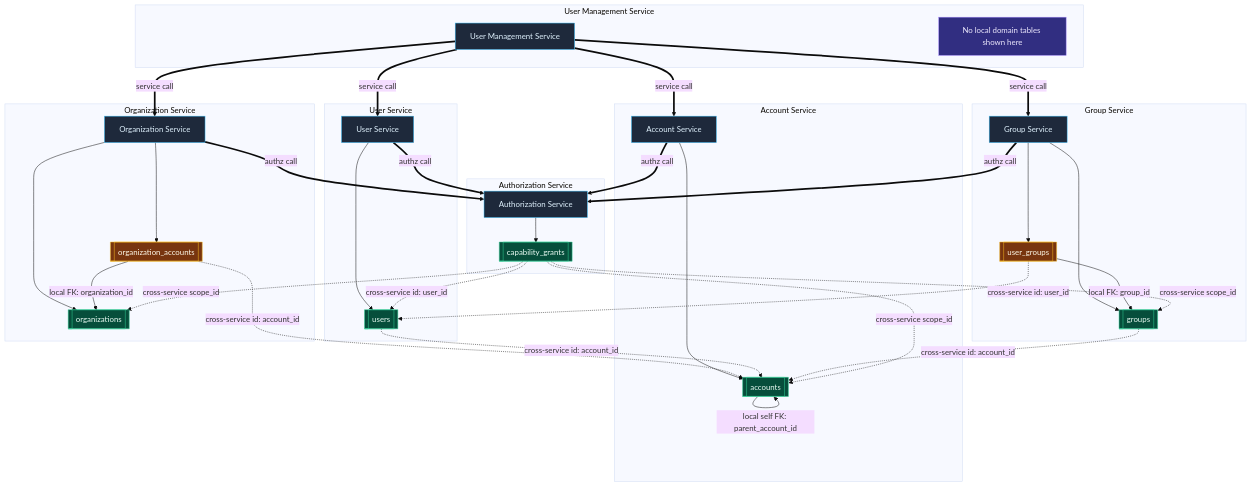
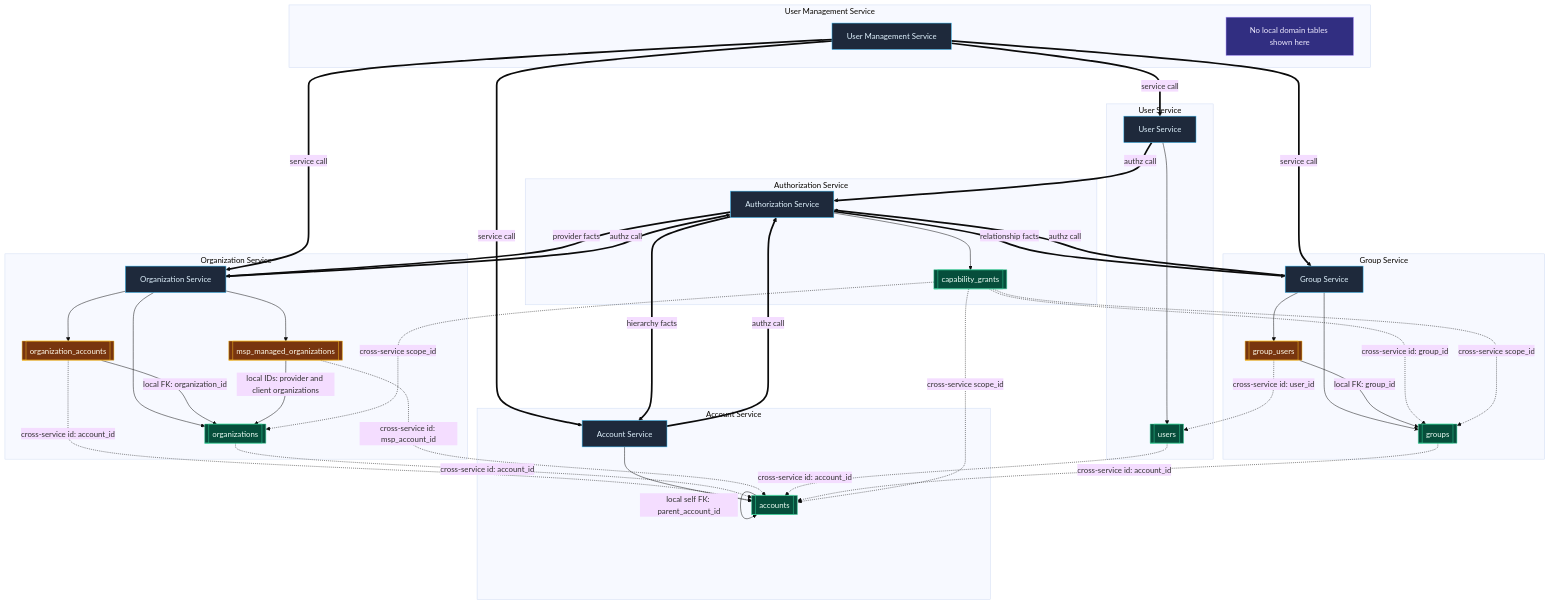
The fourth of 6 diagrams in docs/articles/series/IAM-System-Demo/graphql-auth-explosion-case-study.md (meleneth/whirred-io), drawn with Mermaid (base theme) before and after one commit. The commit also changed other lines of this file and 16 other files, not shown here.

Commit message:
Align IAM articles with group-based authorization

````diff
--- a/docs/articles/series/IAM-System-Demo/graphql-auth-explosion-case-study.md
+++ b/docs/articles/series/IAM-System-Demo/graphql-auth-explosion-case-study.md
@@ -201,6 +211,7 @@
     OrganizationService[Organization Service]
     Organizations[[organizations]]
     OrganizationAccounts[[organization_accounts]]
+    MspManagedOrganizations[[msp_managed_organizations]]
   end
 
   subgraph ACCT[Account Service]
@@ -216,7 +227,7 @@
   subgraph GROUP[Group Service]
     GroupService[Group Service]
     Groups[[groups]]
-    UserGroups[[user_groups]]
+    GroupUsers[[group_users]]
   end
 
   subgraph AUTHZ[Authorization Service]
@@ -226,21 +237,25 @@
 
   OrganizationService --> Organizations
   OrganizationService --> OrganizationAccounts
+  OrganizationService --> MspManagedOrganizations
   AccountService --> Accounts
   UserService --> Users
   GroupService --> Groups
-  GroupService --> UserGroups
+  GroupService --> GroupUsers
   AuthorizationService --> CapabilityGrants
 
   OrganizationAccounts -->|local FK: organization_id| Organizations
+  MspManagedOrganizations -->|local IDs: provider and client organizations| Organizations
   Accounts -->|local self FK: parent_account_id| Accounts
-  UserGroups -->|local FK: group_id| Groups
+  GroupUsers -->|local FK: group_id| Groups
 
   OrganizationAccounts -. cross-service id: account_id .-> Accounts
+  Organizations -. cross-service id: account_id .-> Accounts
+  MspManagedOrganizations -. cross-service id: msp_account_id .-> Accounts
   Users -. cross-service id: account_id .-> Accounts
   Groups -. cross-service id: account_id .-> Accounts
-  UserGroups -. cross-service id: user_id .-> Users
-  CapabilityGrants -. cross-service id: user_id .-> Users
+  GroupUsers -. cross-service id: user_id .-> Users
+  CapabilityGrants -. cross-service id: group_id .-> Groups
   CapabilityGrants -. cross-service scope_id .-> Accounts
   CapabilityGrants -. cross-service scope_id .-> Organizations
   CapabilityGrants -. cross-service scope_id .-> Groups
@@ -254,9 +269,12 @@
   AccountService == authz call ==> AuthorizationService
   GroupService == authz call ==> AuthorizationService
   OrganizationService == authz call ==> AuthorizationService
+  AuthorizationService == relationship facts ==> GroupService
+  AuthorizationService == hierarchy facts ==> AccountService
+  AuthorizationService == provider facts ==> OrganizationService
 
   class UserManagementService,OrganizationService,AccountService,UserService,GroupService,AuthorizationService service
   class Organizations,Accounts,Users,Groups,CapabilityGrants table
-  class OrganizationAccounts,UserGroups join
+  class OrganizationAccounts,MspManagedOrganizations,GroupUsers join
   class UserManagementTables external
 ```
````
